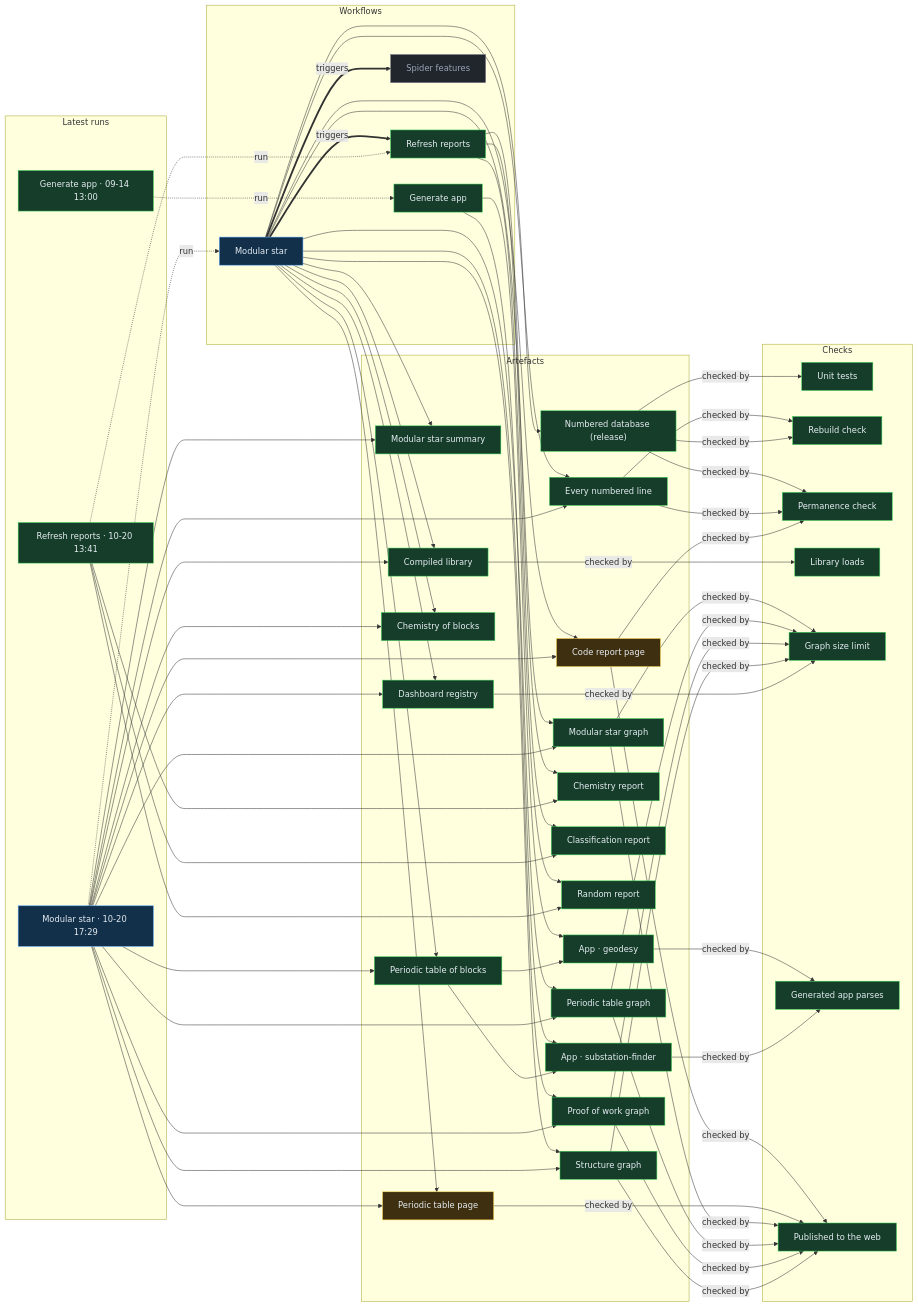
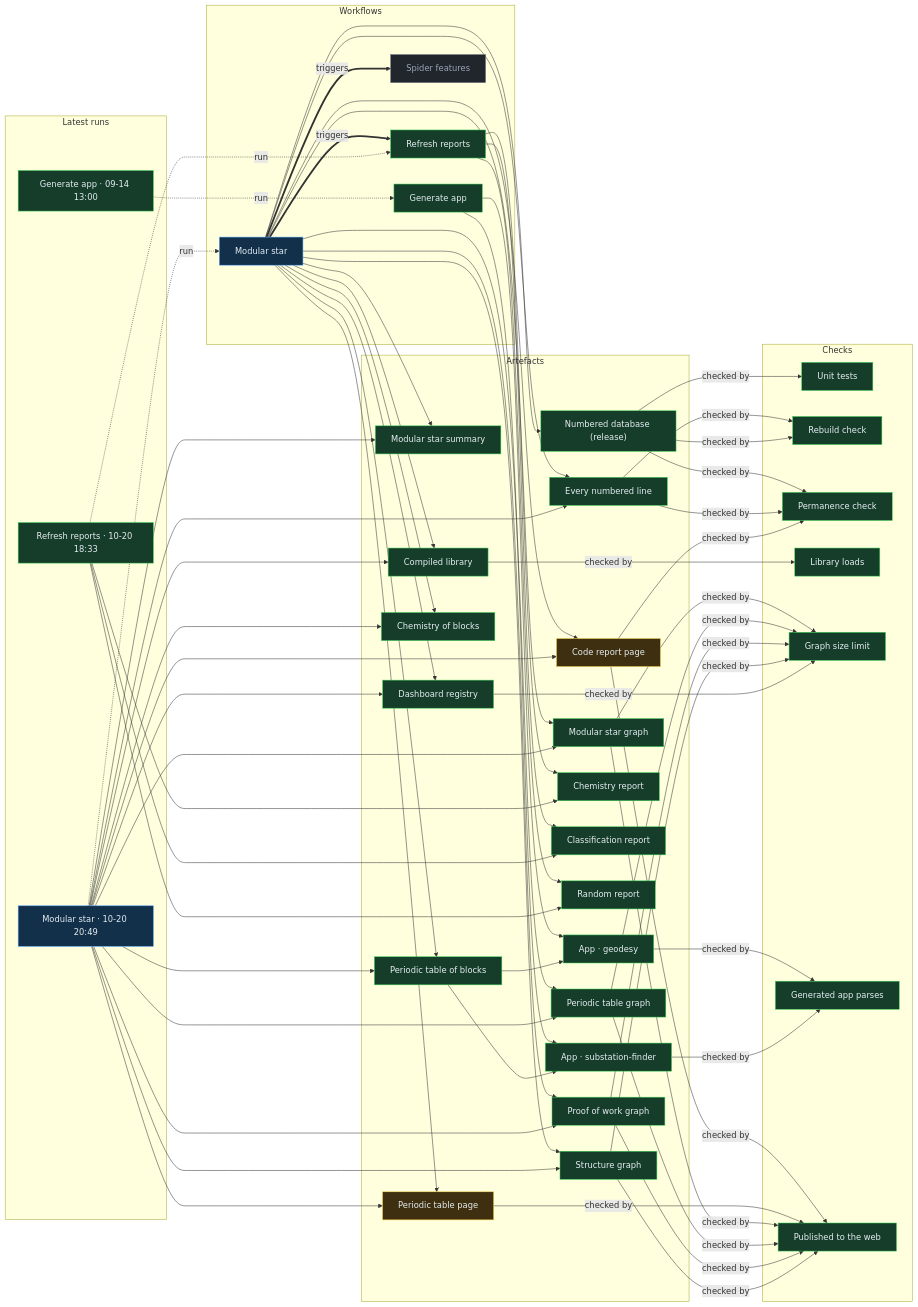
The diagram in proof/PROOF.md (Ventusltd/stars), drawn with Mermaid before and after one commit. The commit also changed other lines of this file and 34 other files, not shown here.

Commit message:
Modular star 2026-10-20T20:52Z

```diff
--- a/proof/PROOF.md
+++ b/proof/PROOF.md
@@ -24,8 +24,8 @@
   n_wf_spider_features["Spider features"]:::off
   end
   subgraph g_runs["Latest runs"]
-  n_run_39466498535["Modular star · 10-20 17:29"]:::live
-  n_run_39432596758["Refresh reports · 10-20 13:41"]:::ok
+  n_run_39495326232["Modular star · 10-20 20:49"]:::live
+  n_run_39475732577["Refresh reports · 10-20 18:33"]:::ok
   n_run_34846587798["Generate app · 09-14 13:00"]:::ok
   end
   subgraph g_artefacts["Artefacts"]
@@ -59,39 +59,39 @@
   end
   n_wf_modular_star == triggers ==> n_wf_refresh
   n_wf_modular_star == triggers ==> n_wf_spider_features
-  n_run_39466498535 -. run .-> n_wf_modular_star
-  n_run_39432596758 -. run .-> n_wf_refresh
+  n_run_39495326232 -. run .-> n_wf_modular_star
+  n_run_39475732577 -. run .-> n_wf_refresh
   n_run_34846587798 -. run .-> n_wf_generate
   n_wf_modular_star --> n_art_summary
-  n_run_39466498535 --> n_art_summary
+  n_run_39495326232 --> n_art_summary
   n_wf_modular_star --> n_art_lines
-  n_run_39466498535 --> n_art_lines
+  n_run_39495326232 --> n_art_lines
   n_wf_modular_star --> n_art_code
-  n_run_39466498535 --> n_art_code
+  n_run_39495326232 --> n_art_code
   n_wf_modular_star --> n_art_modular_graph
-  n_run_39466498535 --> n_art_modular_graph
+  n_run_39495326232 --> n_art_modular_graph
   n_wf_modular_star --> n_art_blocks
-  n_run_39466498535 --> n_art_blocks
+  n_run_39495326232 --> n_art_blocks
   n_wf_modular_star --> n_art_table
-  n_run_39466498535 --> n_art_table
+  n_run_39495326232 --> n_art_table
   n_wf_modular_star --> n_art_blocks_graph
-  n_run_39466498535 --> n_art_blocks_graph
+  n_run_39495326232 --> n_art_blocks_graph
   n_wf_modular_star --> n_art_reactions
-  n_run_39466498535 --> n_art_reactions
+  n_run_39495326232 --> n_art_reactions
   n_wf_modular_star --> n_art_library
-  n_run_39466498535 --> n_art_library
+  n_run_39495326232 --> n_art_library
   n_wf_modular_star --> n_art_features
-  n_run_39466498535 --> n_art_features
+  n_run_39495326232 --> n_art_features
   n_wf_modular_star --> n_art_proof
-  n_run_39466498535 --> n_art_proof
+  n_run_39495326232 --> n_art_proof
   n_wf_modular_star --> n_art_structure
-  n_run_39466498535 --> n_art_structure
+  n_run_39495326232 --> n_art_structure
   n_wf_refresh --> n_art_chemistry
-  n_run_39432596758 --> n_art_chemistry
+  n_run_39475732577 --> n_art_chemistry
   n_wf_refresh --> n_art_vedic
-  n_run_39432596758 --> n_art_vedic
+  n_run_39475732577 --> n_art_vedic
   n_wf_refresh --> n_art_random
-  n_run_39432596758 --> n_art_random
+  n_run_39475732577 --> n_art_random
   n_wf_modular_star --> n_art_release
   n_wf_generate --> n_app_geodesy
   n_art_blocks --> n_app_geodesy
```
